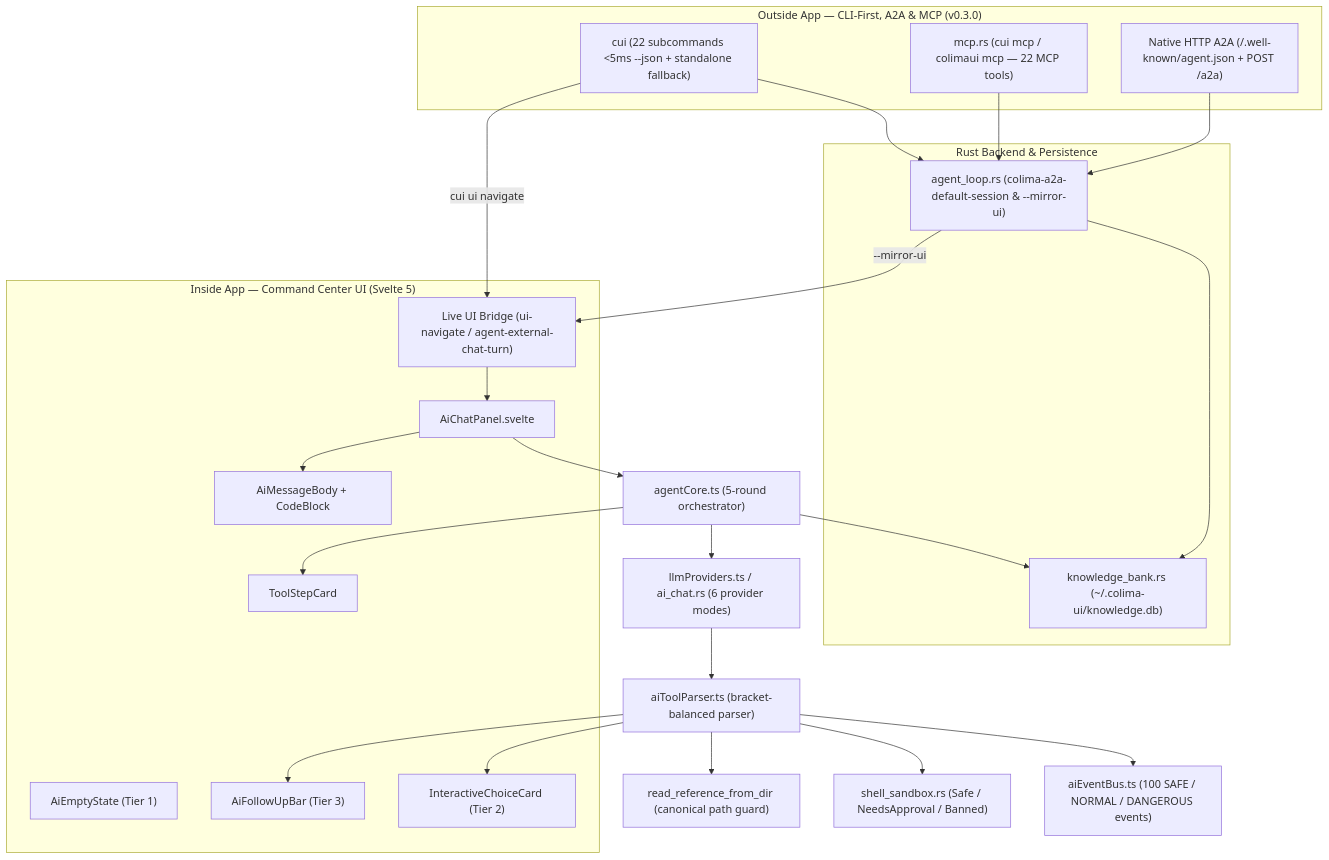
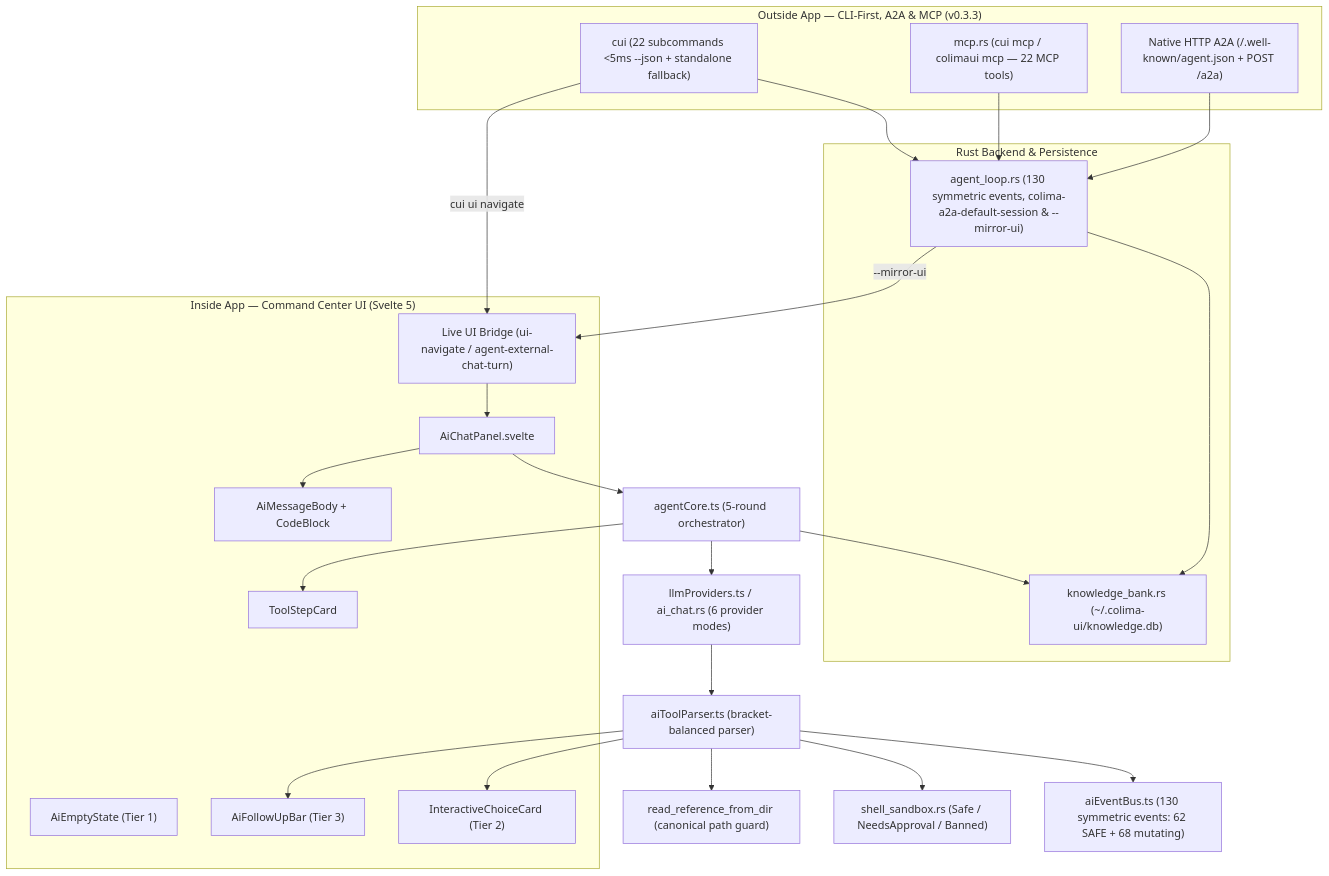
The diagram in docs/ai.md (vnknowledge2014/colima-ui), drawn with Mermaid before and after one commit. The commit also changed other lines of this file and 34 other files, not shown here.

First line of the commit message:
feat(v0.3.3): unify 130-event bus parity across UI & headless agent, sync internal/external skills (#98)

````diff
--- a/docs/ai.md
+++ b/docs/ai.md
@@ -11,44 +11,44 @@
 ```mermaid
 graph TD
     subgraph UI["Inside App — Command Center UI (Svelte 5)"]
         PANEL["AiChatPanel.svelte"]
         EMPTY["AiEmptyState (Tier 1)"]
         CHOICE["InteractiveChoiceCard (Tier 2)"]
         FOLLOW["AiFollowUpBar (Tier 3)"]
         STEP["ToolStepCard"]
         BODY["AiMessageBody + CodeBlock"]
         BRIDGE["Live UI Bridge (ui-navigate / agent-external-chat-turn)"]
     end
 
     PANEL --> CORE["agentCore.ts (5-round orchestrator)"]
     CORE --> STREAM["llmProviders.ts / ai_chat.rs (6 provider modes)"]
     STREAM --> PARSER["aiToolParser.ts (bracket-balanced parser)"]
 
-    PARSER --> BUS["aiEventBus.ts (100 SAFE / NORMAL / DANGEROUS events)"]
+    PARSER --> BUS["aiEventBus.ts (130 symmetric events: 62 SAFE + 68 mutating)"]
     PARSER --> SANDBOX["shell_sandbox.rs (Safe / NeedsApproval / Banned)"]
     PARSER --> REF["read_reference_from_dir (canonical path guard)"]
     PARSER --> CHOICE
     PARSER --> FOLLOW
     CORE --> STEP
     PANEL --> BODY
 
-    subgraph Outside["Outside App — CLI-First, A2A & MCP (v0.3.0)"]
+    subgraph Outside["Outside App — CLI-First, A2A & MCP (v0.3.3)"]
         CUI["cui (22 subcommands <5ms --json + standalone fallback)"]
         MCP["mcp.rs (cui mcp / colimaui mcp — 22 MCP tools)"]
         A2A["Native HTTP A2A (/.well-known/agent.json + POST /a2a)"]
     end
 
     subgraph Backend["Rust Backend & Persistence"]
         KB["knowledge_bank.rs (~/.colima-ui/knowledge.db)"]
-        CLI["agent_loop.rs (colima-a2a-default-session & --mirror-ui)"]
+        CLI["agent_loop.rs (130 symmetric events, colima-a2a-default-session & --mirror-ui)"]
     end
 
     CORE --> KB
     CUI --> CLI
     MCP --> CLI
     A2A --> CLI
     CLI --> KB
     CLI -->|"--mirror-ui"| BRIDGE
     CUI -->|"cui ui navigate"| BRIDGE
     BRIDGE --> PANEL
 ```
````
